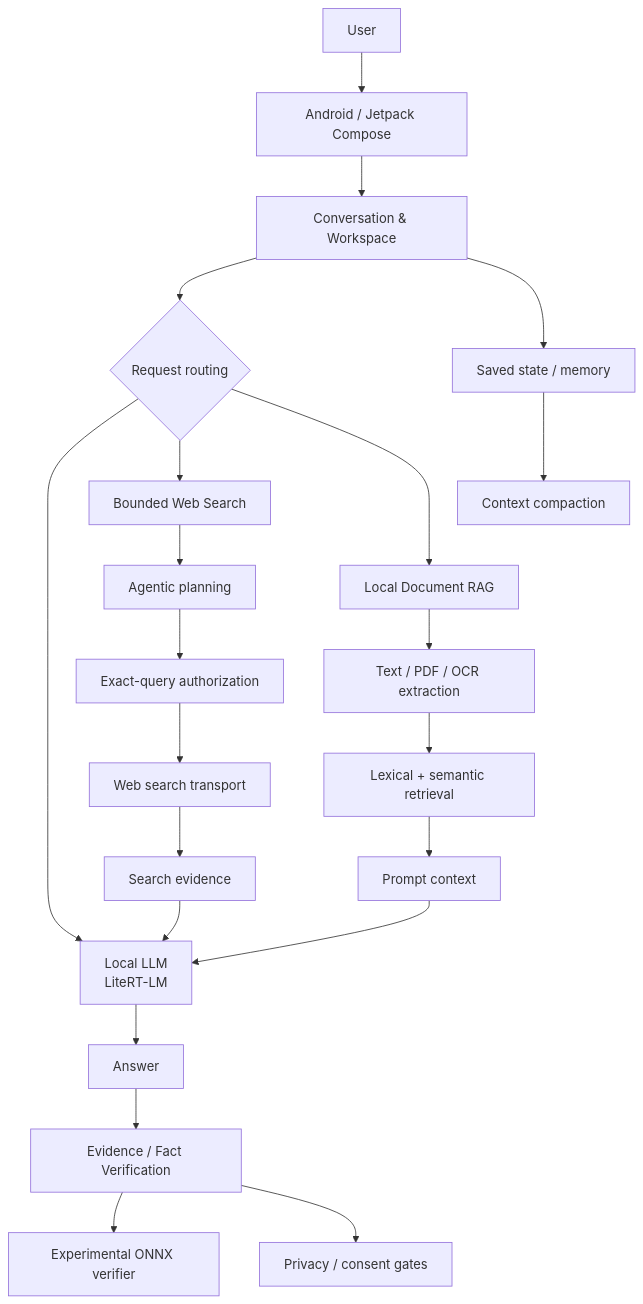
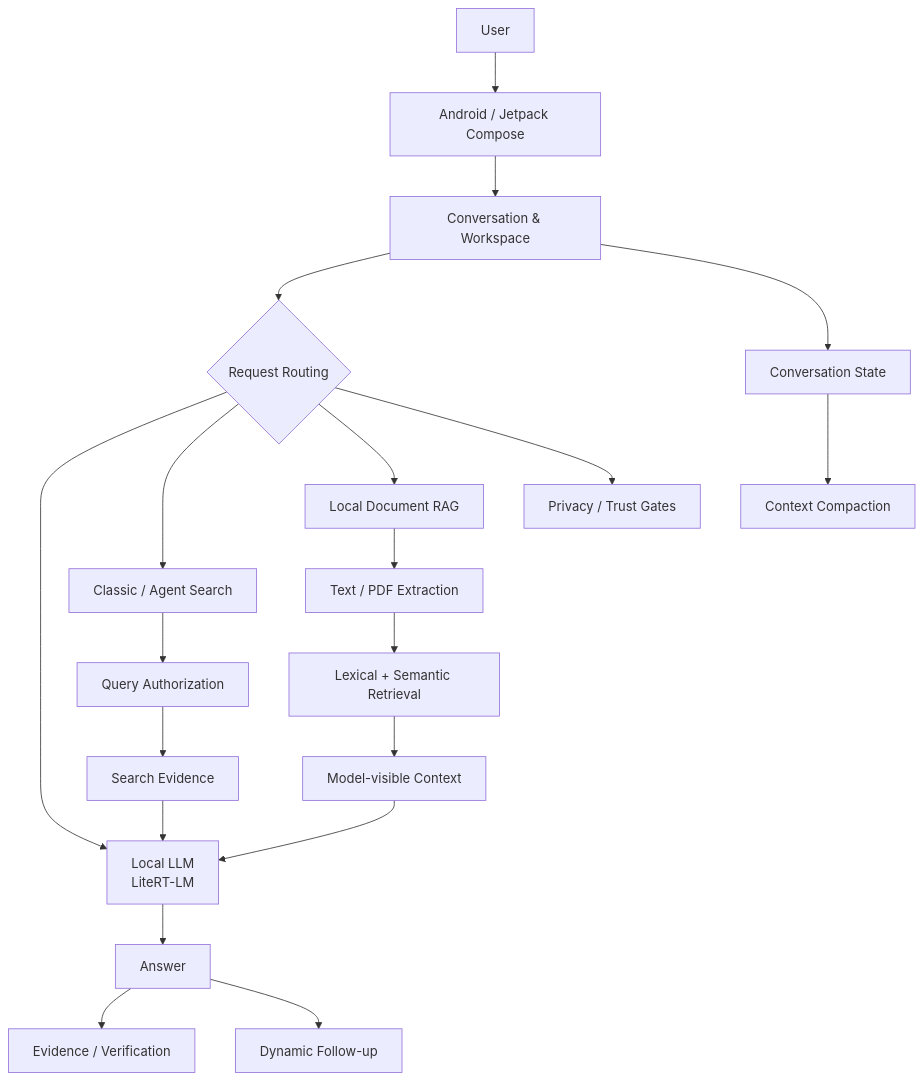
The diagram in README.md (futureisAJASU/Fusion-KAwards-2026), drawn with Mermaid before and after one commit. The commit also changed other lines of this file, not shown here.

````diff
--- a/README.md
+++ b/README.md
@@ -176,30 +169,29 @@
 ```mermaid
 flowchart TD
     U[User] --> UI[Android / Jetpack Compose]
     UI --> C[Conversation & Workspace]
 
-    C --> R{Request routing}
+    C --> R{Request Routing}
     R --> L[Local LLM<br/>LiteRT-LM]
-    R --> S[Bounded Web Search]
+    R --> S[Classic / Agent Search]
     R --> D[Local Document RAG]
 
-    D --> X[Text / PDF / OCR extraction]
-    X --> RET[Lexical + semantic retrieval]
-    RET --> P[Prompt context]
+    D --> X[Text / PDF Extraction]
+    X --> RET[Lexical + Semantic Retrieval]
+    RET --> P[Model-visible Context]
 
-    S --> A[Agentic planning]
-    A --> Q[Exact-query authorization]
-    Q --> W[Web search transport]
-    W --> E[Search evidence]
+    S --> A[Query Authorization]
+    A --> E[Search Evidence]
 
-    L --> ANS[Answer]
     P --> L
     E --> L
+    L --> ANS[Answer]
 
-    ANS --> V[Evidence / Fact Verification]
-    V --> ONNX[Experimental ONNX verifier]
-    V --> CONSENT[Privacy / consent gates]
+    ANS --> V[Evidence / Verification]
+    ANS --> F[Dynamic Follow-up]
 
-    C --> M[Saved state / memory]
-    M --> COMP[Context compaction]
+    C --> M[Conversation State]
+    M --> COMP[Context Compaction]
+
+    R --> T[Privacy / Trust Gates]
 ```
````
